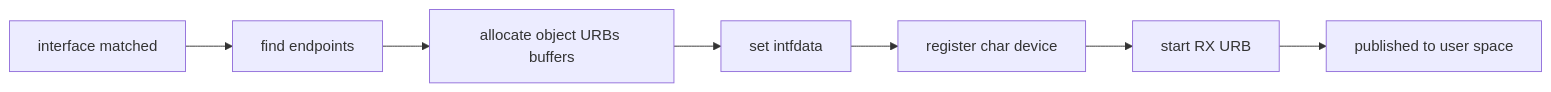
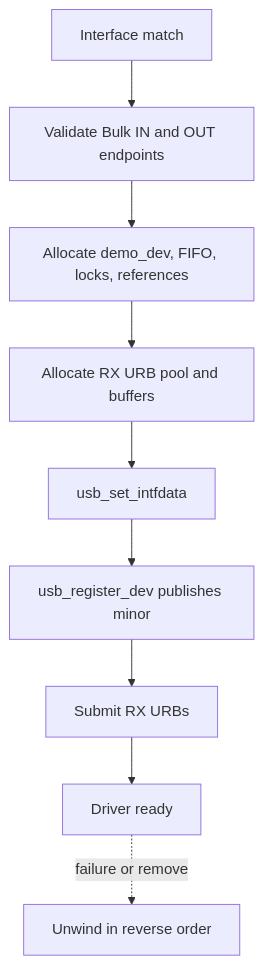
Before and after one commit to cdragon-ljl/EEandEdgeAI: the first of 2 diagrams in docs/articles/usb/usb-05-usb-device-driver-practice.md, drawn with Mermaid. The commit also changed other lines of this file and 2 other files, not shown here.

Commit message:
docs: rebuild USB transfer and Gadget guides

````diff
--- a/docs/articles/usb/usb-05-usb-device-driver-practice.md
+++ b/docs/articles/usb/usb-05-usb-device-driver-practice.md
@@ -61,9 +118,11 @@
 ```mermaid
-flowchart LR
-    M[interface matched] --> E[find endpoints]
-    E --> O[allocate object URBs buffers]
-    O --> I[set intfdata]
-    I --> R[register char device]
-    R --> S[start RX URB]
-    S --> P[published to user space]
+flowchart TD
+    M[Interface match] --> E[Validate Bulk IN and OUT endpoints]
+    E --> O[Allocate demo_dev, FIFO, locks, references]
+    O --> R[Allocate RX URB pool and buffers]
+    R --> D[usb_set_intfdata]
+    D --> C[usb_register_dev publishes minor]
+    C --> S[Submit RX URBs]
+    S --> READY[Driver ready]
+    READY -. failure or remove .-> U[Unwind in reverse order]
 ```
````
